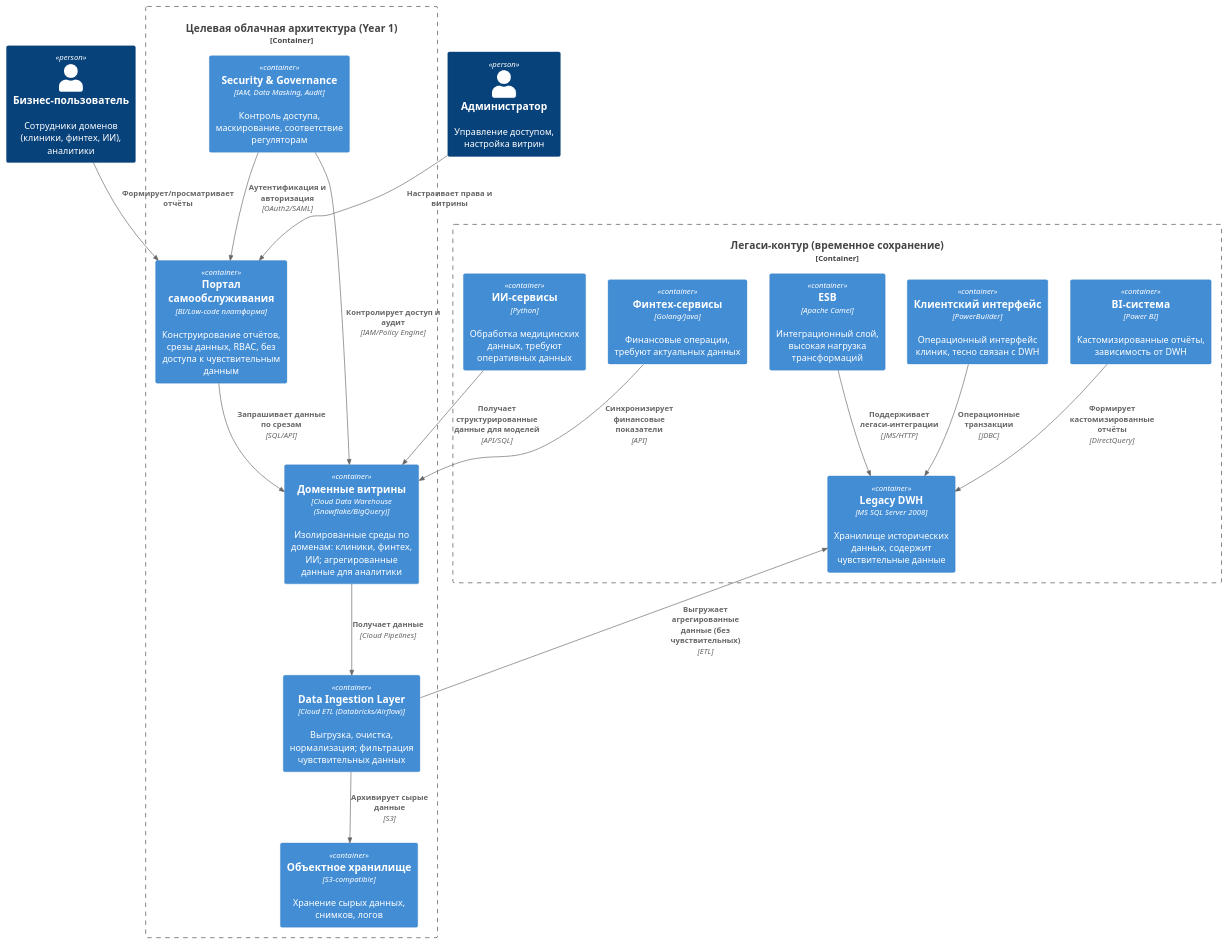
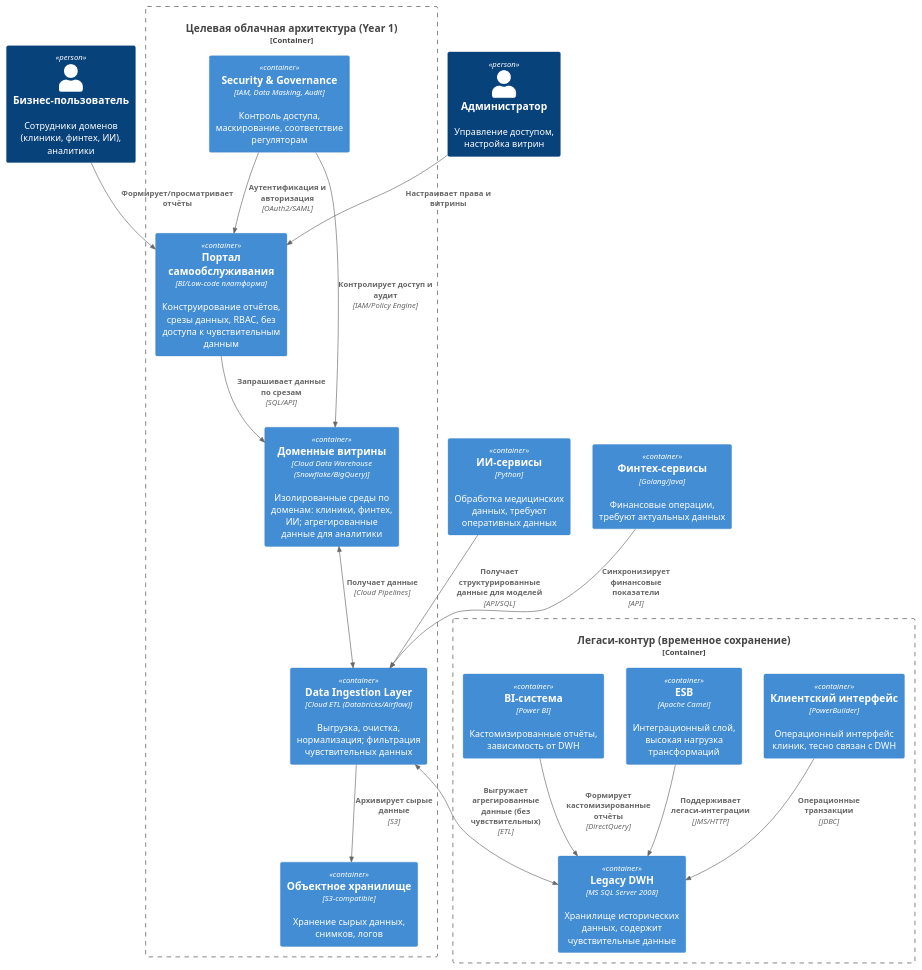
One commit to ISamburskiy/architecture-future_2_0 changed the diagram in Task1/c4.puml. Above: the diagram before and after it, drawn with PlantUML. The commit also changed 1 other file, not shown here.

```diff
--- a/Task1/c4.puml
+++ b/Task1/c4.puml
@@ -1,40 +1,42 @@
 @startuml 123
 !includeurl https://raw.githubusercontent.com/plantuml-stdlib/C4-PlantUML/master/C4_Container.puml
 
 LAYOUT_TOP_DOWN()
 
 Person(User, "Бизнес-пользователь", "Сотрудники доменов (клиники, финтех, ИИ), аналитики")
 Person(Admin, "Администратор", "Управление доступом, настройка витрин")
 
 Container_Boundary(CloudEnv, "Целевая облачная архитектура (Year 1)") {
   Container(SelfServicePortal, "Портал самообслуживания", "BI/Low-code платформа", "Конструирование отчётов, срезы данных, RBAC, без доступа к чувствительным данным")
   Container(DomainDataMarts, "Доменные витрины", "Cloud Data Warehouse (Snowflake/BigQuery)", "Изолированные среды по доменам: клиники, финтех, ИИ; агрегированные данные для аналитики")
   Container(DataIngestion, "Data Ingestion Layer", "Cloud ETL (Databricks/Airflow)", "Выгрузка, очистка, нормализация; фильтрация чувствительных данных")
   Container(SecurityLayer, "Security & Governance", "IAM, Data Masking, Audit", "Контроль доступа, маскирование, соответствие регуляторам")
   Container(CloudStorage, "Объектное хранилище", "S3-compatible", "Хранение сырых данных, снимков, логов")
 }
 
 Container_Boundary(LegacyEnv, "Легаси-контур (временное сохранение)") {
   Container(LegacyDWH, "Legacy DWH", "MS SQL Server 2008", "Хранилище исторических данных, содержит чувствительные данные")
   Container(ESB, "ESB", "Apache Camel", "Интеграционный слой, высокая нагрузка трансформаций")
   Container(PowerBI, "BI-система", "Power BI", "Кастомизированные отчёты, зависимость от DWH")
   Container(PowerBuilderUI, "Клиентский интерфейс", "PowerBuilder", "Операционный интерфейс клиник, тесно связан с DWH")
-  Container(AIServices, "ИИ-сервисы", "Python", "Обработка медицинских данных, требуют оперативных данных")
-  Container(FinTechServices, "Финтех-сервисы", "Golang/Java", "Финансовые операции, требуют актуальных данных")
-}
+  }
+
+Container(AIServices, "ИИ-сервисы", "Python", "Обработка медицинских данных, требуют оперативных данных")
+Container(FinTechServices, "Финтех-сервисы", "Golang/Java", "Финансовые операции, требуют актуальных данных")
+
 
 Rel(User, SelfServicePortal, "Формирует/просматривает отчёты")
 Rel(Admin, SelfServicePortal, "Настраивает права и витрины")
 Rel(SelfServicePortal, DomainDataMarts, "Запрашивает данные по срезам", "SQL/API")
-Rel(DomainDataMarts, DataIngestion, "Получает данные", "Cloud Pipelines")
-Rel(DataIngestion, LegacyDWH, "Выгружает агрегированные данные (без чувствительных)", "ETL")
+BiRel(DomainDataMarts, DataIngestion, "Получает данные", "Cloud Pipelines")
+BiRel(DataIngestion, LegacyDWH, "Выгружает агрегированные данные (без чувствительных)", "ETL")
 Rel(DataIngestion, CloudStorage, "Архивирует сырые данные", "S3")
-Rel(AIServices, DomainDataMarts, "Получает структурированные данные для моделей", "API/SQL")
-Rel(FinTechServices, DomainDataMarts, "Синхронизирует финансовые показатели", "API")
+Rel(AIServices, DataIngestion, "Получает структурированные данные для моделей", "API/SQL")
+Rel(FinTechServices, DataIngestion, "Синхронизирует финансовые показатели", "API")
 Rel(ESB, LegacyDWH, "Поддерживает легаси-интеграции", "JMS/HTTP")
 Rel(PowerBuilderUI, LegacyDWH, "Операционные транзакции", "JDBC")
 Rel(PowerBI, LegacyDWH, "Формирует кастомизированные отчёты", "DirectQuery")
 Rel(SecurityLayer, DomainDataMarts, "Контролирует доступ и аудит", "IAM/Policy Engine")
 Rel(SecurityLayer, SelfServicePortal, "Аутентификация и авторизация", "OAuth2/SAML")
 
 @enduml
```
